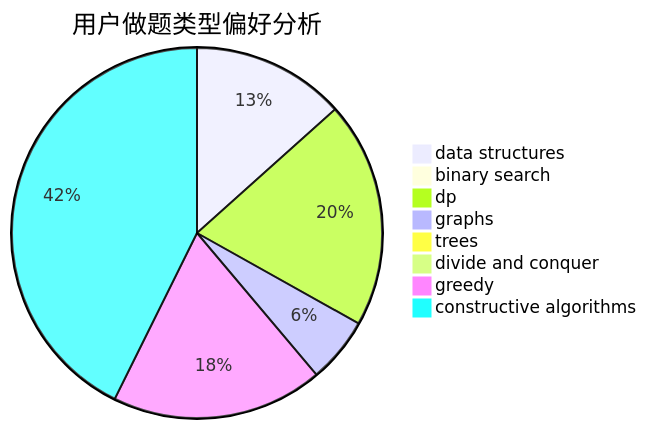
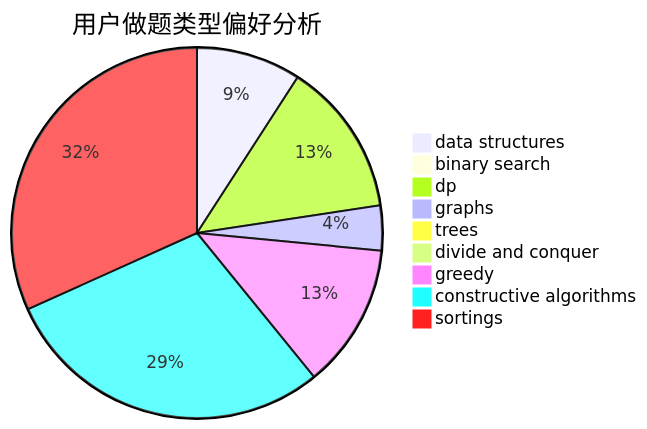
One commit to sherpahu/cfrs.github.io changed the second of 3 diagrams in docs/user/u1500.md. Above: the diagram before and after it, drawn with Mermaid. The commit also changed other lines of this file and 2769 other files, not shown here.

````diff
--- a/docs/user/u1500.md
+++ b/docs/user/u1500.md
@@ -23,11 +18,12 @@
 ```mermaid
 pie title 用户做题类型偏好分析
     "data structures" :  21
     "binary search" :  1
     "dp" :  31
     "graphs" :  9
     "trees" :  0
     "divide and conquer" :  0
     "greedy" :  29
     "constructive algorithms" :  67
+    "sortings" :  73
 ```
````
